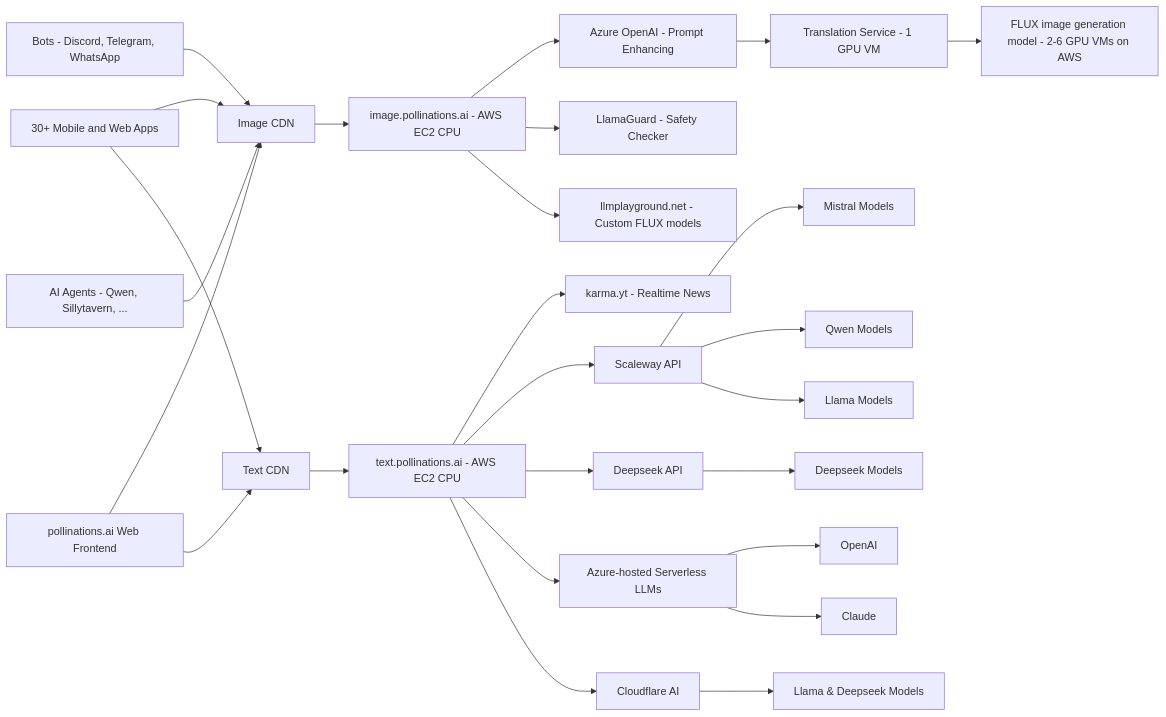
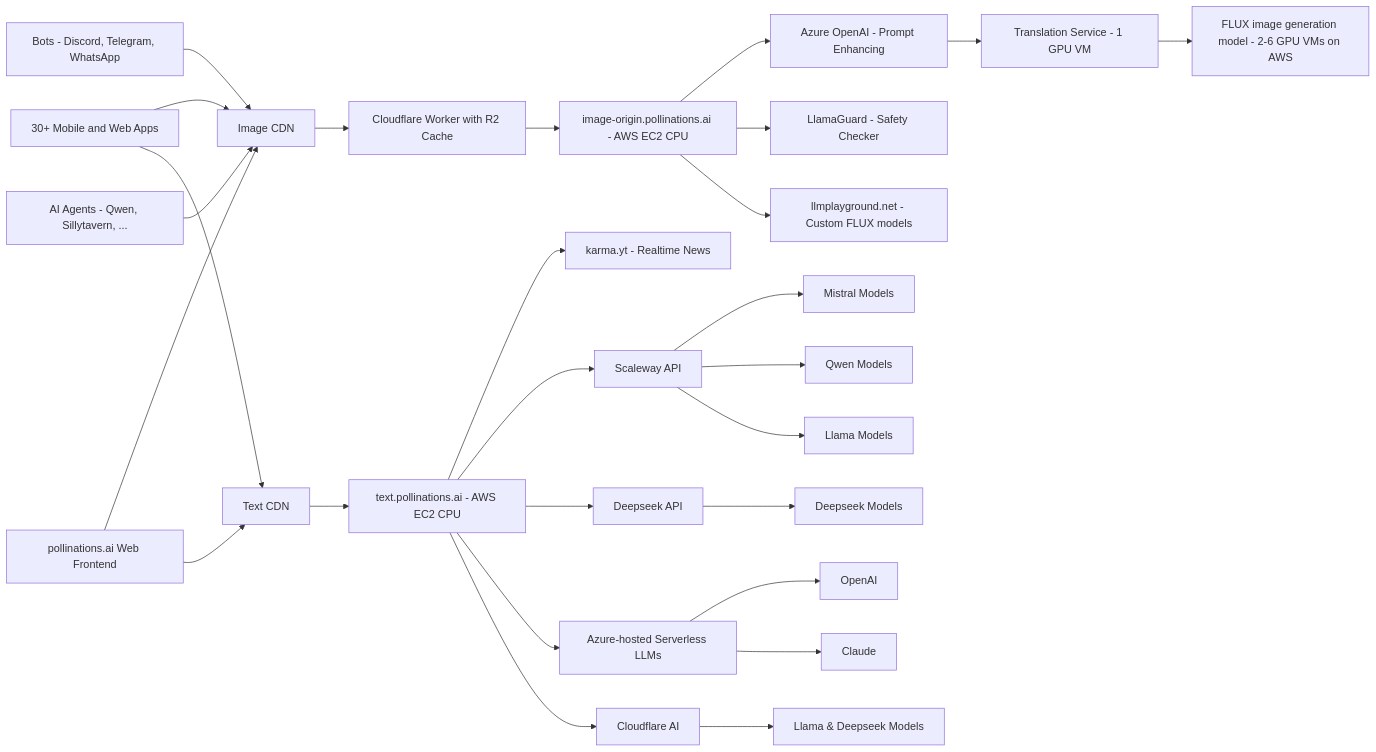
One commit to pollinations/pollinations changed the diagram in README.md. Above: the diagram before and after it, drawn with Mermaid. The commit also changed other lines of this file and 2 other files, not shown here.

Commit message:
update docs and readme

````diff
--- a/README.md
+++ b/README.md
@@ -141,34 +141,36 @@
 ```mermaid
 graph LR
     Q[Bots - Discord, Telegram, WhatsApp] --> L1
     
     N[30+ Mobile and Web Apps] --> L1
     N --> L2
     
     A[pollinations.ai Web Frontend] --> L1
     A --> L2
     
     R[AI Agents - Qwen, Sillytavern, ...] --> L1
     
-    L1[Image CDN] --> B
+    L1[Image CDN] --> CF[Cloudflare Worker with R2 Cache]
     L2[Text CDN] --> C
     
-    B[image.pollinations.ai - AWS EC2 CPU] --> F[Azure OpenAI - Prompt Enhancing]
+    CF --> B
+    
+    B[image-origin.pollinations.ai - AWS EC2 CPU] --> F[Azure OpenAI - Prompt Enhancing]
     B --> S[LlamaGuard - Safety Checker]
     B --> M[llmplayground.net - Custom FLUX models]
     F --> E[Translation Service - 1 GPU VM]
     E --> D[FLUX image generation model - 2-6 GPU VMs on AWS]
     
     C[text.pollinations.ai - AWS EC2 CPU] --> P[karma.yt - Realtime News]
     C --> SC[Scaleway API]
     C --> DS[Deepseek API]
     C --> G[Azure-hosted Serverless LLMs]
-    C --> CF[Cloudflare AI]
+    C --> CFM[Cloudflare AI]
     SC --> MI[Mistral Models]
     SC --> QW[Qwen Models]
     SC --> LL[Llama Models]
     DS --> DM[Deepseek Models]
     G --> H[OpenAI]
     G --> K[Claude]
-    CF --> CFM[Llama & Deepseek Models]
+    CFM --> CFL[Llama & Deepseek Models]
 ```
````
